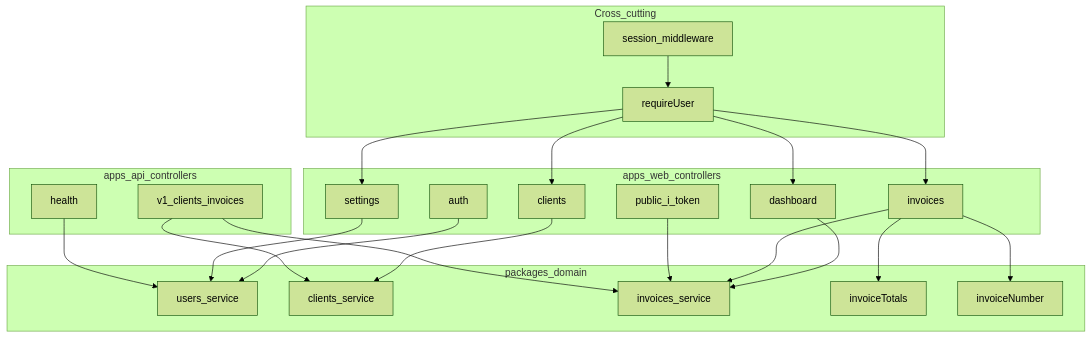
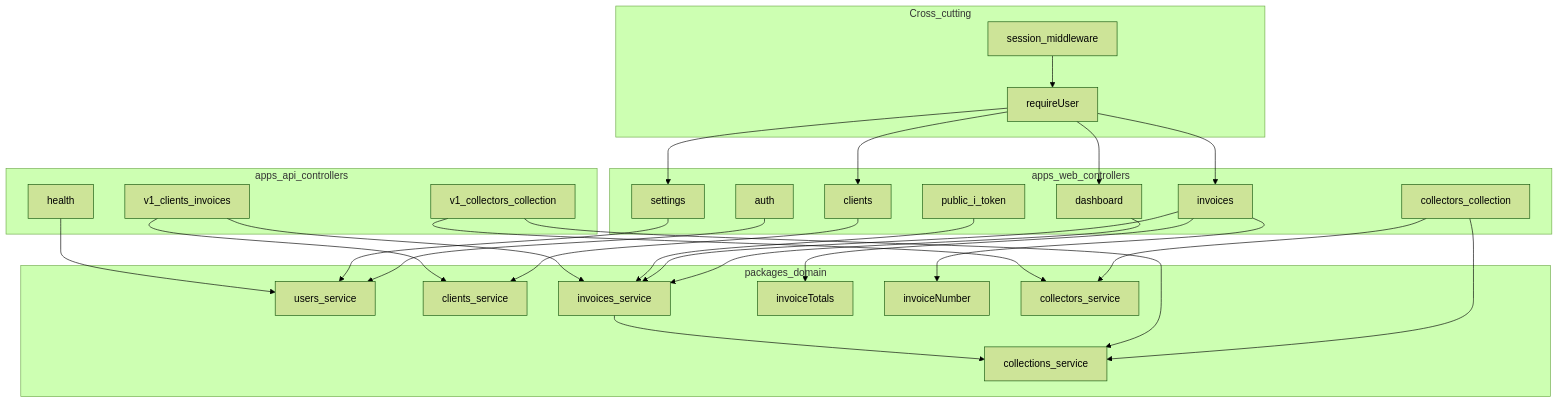
The third of 10 diagrams in docs/invoicing/ARCHITECTURE.md (Inoeng85/invoicing-agentic), drawn with Mermaid (forest theme) before and after one commit. The commit also changed 6 other files, not shown here.

````diff
--- a/docs/invoicing/ARCHITECTURE.md
+++ b/docs/invoicing/ARCHITECTURE.md
@@ -133,47 +133,56 @@
 ```mermaid
 flowchart TB
   subgraph webActions [apps_web_controllers]
     AuthCtrl[auth]
     DashCtrl[dashboard]
     ClientCtrl[clients]
     InvCtrl[invoices]
     PubCtrl[public_i_token]
     SettingsCtrl[settings]
+    CollectorsCtrl[collectors_collection]
   end
 
   subgraph apiActions [apps_api_controllers]
     ApiV1[v1_clients_invoices]
     ApiHealth[health]
+    ApiCollectors[v1_collectors_collection]
   end
 
   subgraph domainPkg [packages_domain]
     Users[users_service]
     Clients[clients_service]
     Invoices[invoices_service]
     Totals[invoiceTotals]
     Numbers[invoiceNumber]
+    Collectors[collectors_service]
+    Collections[collections_service]
   end
 
   subgraph crossCut [Cross_cutting]
     SessionMW[session_middleware]
     RequireAuth[requireUser]
   end
 
   AuthCtrl --> Users
   DashCtrl --> Invoices
   ClientCtrl --> Clients
   InvCtrl --> Invoices
   InvCtrl --> Totals
   InvCtrl --> Numbers
   PubCtrl --> Invoices
   SettingsCtrl --> Users
   ApiV1 --> Clients
   ApiV1 --> Invoices
   ApiHealth --> Users
+  CollectorsCtrl --> Collectors
+  CollectorsCtrl --> Collections
+  ApiCollectors --> Collectors
+  ApiCollectors --> Collections
+  Invoices --> Collections
 
   SessionMW --> RequireAuth
   RequireAuth --> DashCtrl
   RequireAuth --> ClientCtrl
   RequireAuth --> InvCtrl
   RequireAuth --> SettingsCtrl
 ```
````
